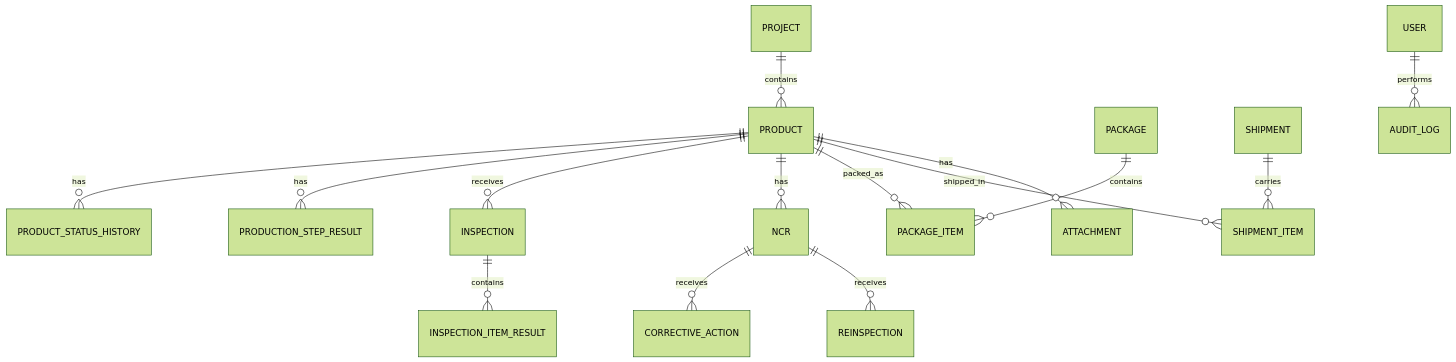
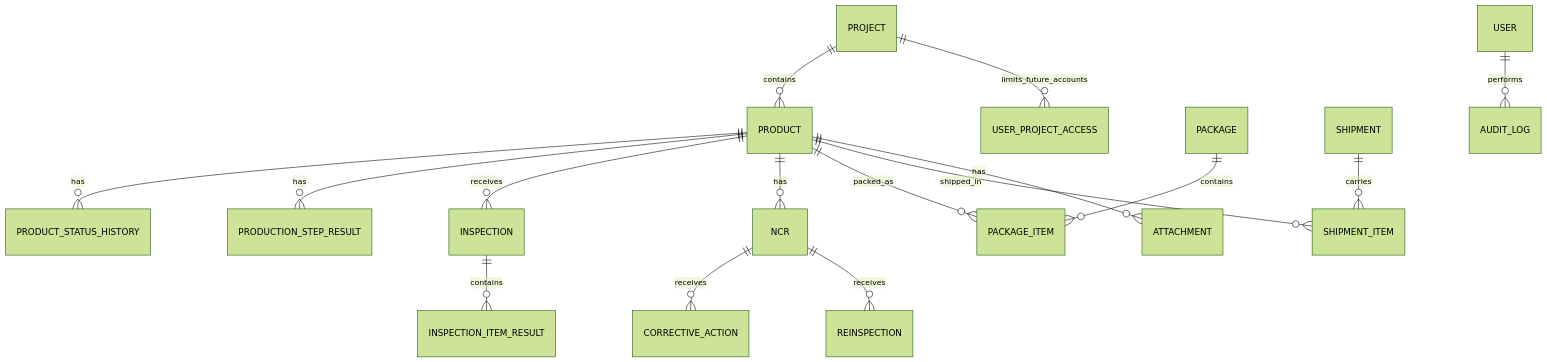
One commit to emisubin/emi-qms changed the diagram in docs/05-core-data-entities.md. Above: the diagram before and after it, drawn with Mermaid (forest theme). The commit also changed other lines of this file and 26 other files, not shown here.

````diff
--- a/docs/05-core-data-entities.md
+++ b/docs/05-core-data-entities.md
@@ -5,17 +5,18 @@
 ```mermaid
 erDiagram
     PROJECT ||--o{ PRODUCT : contains
+    PROJECT ||--o{ USER_PROJECT_ACCESS : limits_future_accounts
     PRODUCT ||--o{ PRODUCT_STATUS_HISTORY : has
     PRODUCT ||--o{ PRODUCTION_STEP_RESULT : has
     PRODUCT ||--o{ INSPECTION : receives
     INSPECTION ||--o{ INSPECTION_ITEM_RESULT : contains
     PRODUCT ||--o{ NCR : has
     NCR ||--o{ CORRECTIVE_ACTION : receives
     NCR ||--o{ REINSPECTION : receives
     PRODUCT ||--o{ PACKAGE_ITEM : packed_as
     PACKAGE ||--o{ PACKAGE_ITEM : contains
     SHIPMENT ||--o{ SHIPMENT_ITEM : carries
     PRODUCT ||--o{ SHIPMENT_ITEM : shipped_in
     PRODUCT ||--o{ ATTACHMENT : has
     USER ||--o{ AUDIT_LOG : performs
 ```
````
